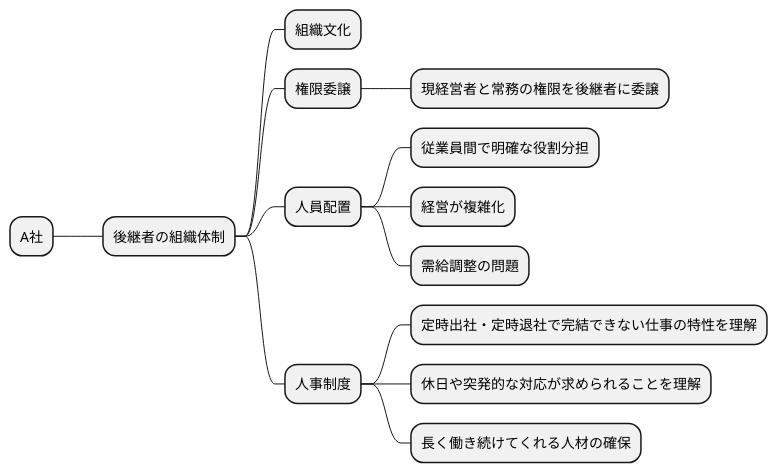
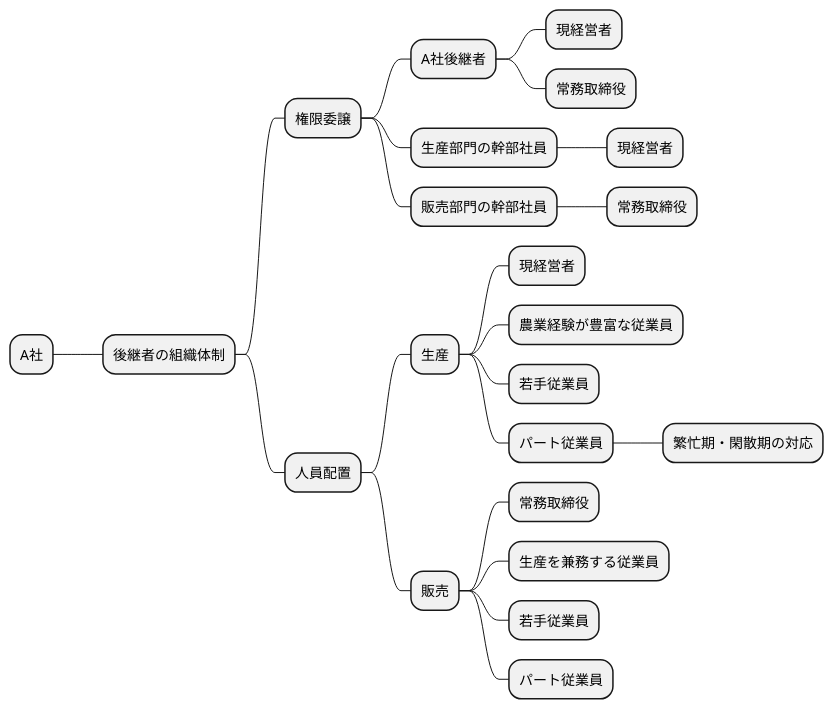
The fifth of 15 diagrams in docs/R04/study/take01.md (k2works/requirements_definition_excercise), drawn with PlantUML before and after one commit. The commit also changed other lines of this file, not shown here.

````diff
--- a/docs/R04/study/take01.md
+++ b/docs/R04/study/take01.md
@@ -139,17 +173,26 @@
 ```plantuml
 @startmindmap
 * A社
 ** 後継者の組織体制
-*** 組織文化
 *** 権限委譲
-**** 現経営者と常務の権限を後継者に委譲
+**** A社後継者
+***** 現経営者
+***** 常務取締役
+**** 生産部門の幹部社員
+***** 現経営者
+**** 販売部門の幹部社員
+***** 常務取締役
 *** 人員配置
-**** 従業員間で明確な役割分担
-**** 経営が複雑化
-**** 需給調整の問題
-*** 人事制度
-**** 定時出社・定時退社で完結できない仕事の特性を理解
-**** 休日や突発的な対応が求められることを理解
-**** 長く働き続けてくれる人材の確保
+**** 生産
+***** 現経営者
+***** 農業経験が豊富な従業員
+***** 若手従業員
+***** パート従業員
+****** 繁忙期・閑散期の対応
+**** 販売
+***** 常務取締役
+***** 生産を兼務する従業員
+***** 若手従業員
+***** パート従業員
 @endmindmap
 ```
````
